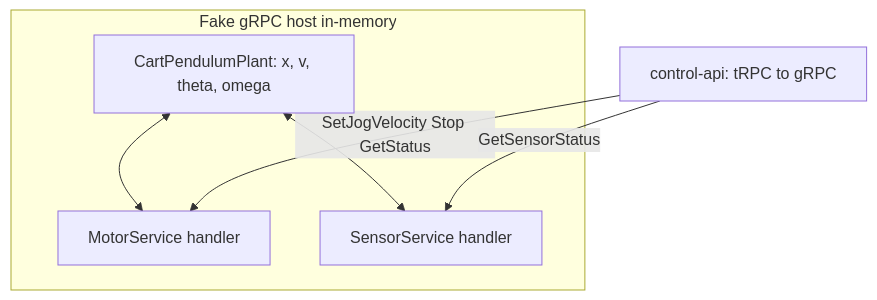
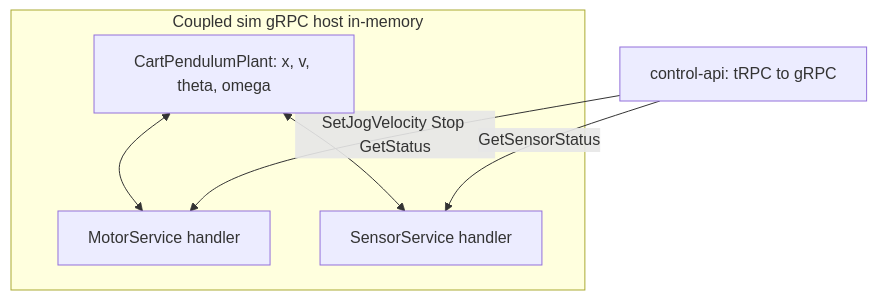
One commit to SamuelC54/real-pendulum-2 changed the second of 2 diagrams in docs/simulation-and-bench.md. Above: the diagram before and after it, drawn with Mermaid. The commit also changed other lines of this file and 16 other files, not shown here.

First line of the commit message:
Remove standalone fake motor server; use coupled sim for E2E.

````diff
--- a/docs/simulation-and-bench.md
+++ b/docs/simulation-and-bench.md
@@ -109,13 +109,13 @@
 ```mermaid
 flowchart TB
-  subgraph sim [Fake gRPC host in-memory]
+  subgraph sim [Coupled sim gRPC host in-memory]
     P["CartPendulumPlant: x, v, theta, omega"]
     M[MotorService handler]
     S[SensorService handler]
     P <--> M
     P <--> S
   end
   API["control-api: tRPC to gRPC"]
   API -->|SetJogVelocity Stop GetStatus| M
   API -->|GetSensorStatus| S
 ```
````
